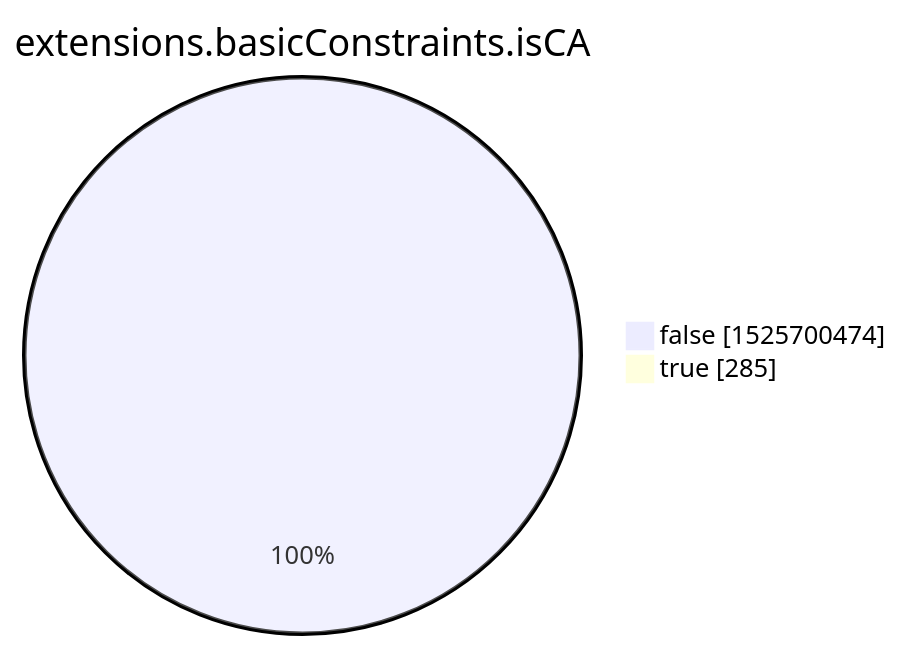
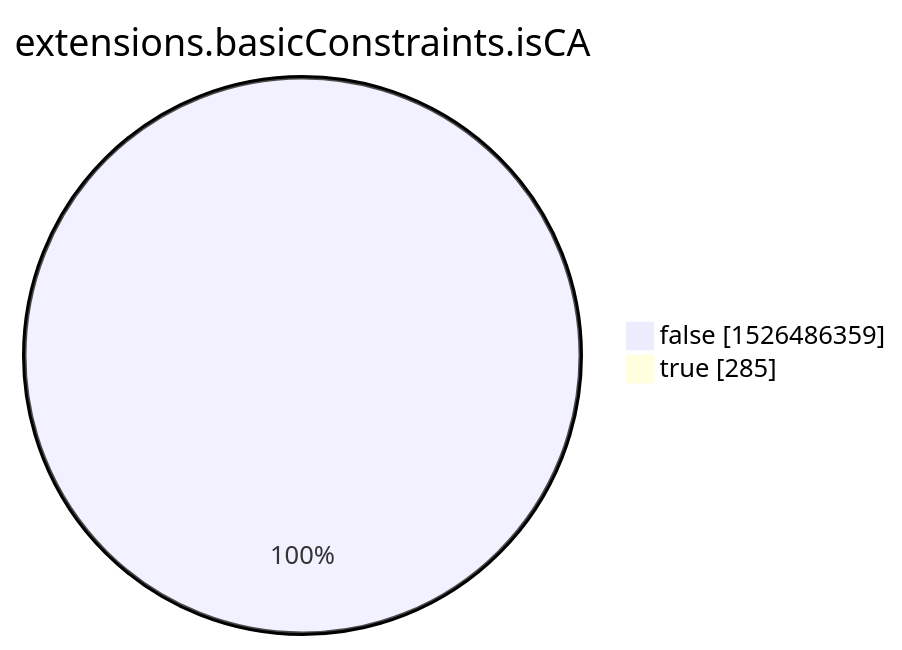
One commit to christiankrug/ctmonitor_visualization changed the eighth of 15 diagrams in xenon2022/README.md. Above: the diagram before and after it, drawn with Mermaid. The commit also changed other lines of this file, not shown here.

````diff
--- a/xenon2022/README.md
+++ b/xenon2022/README.md
@@ -2857,6 +2857,6 @@
 ```mermaid
 pie showData
 title extensions.basicConstraints.isCA
-"false" :1525700474
+"false" :1526486359
 "true" :285
 ```
````
